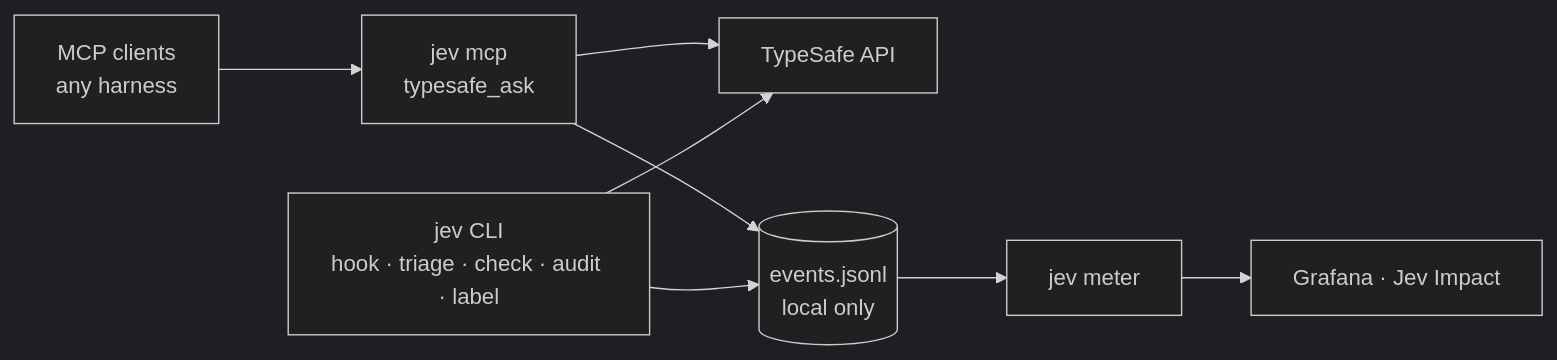
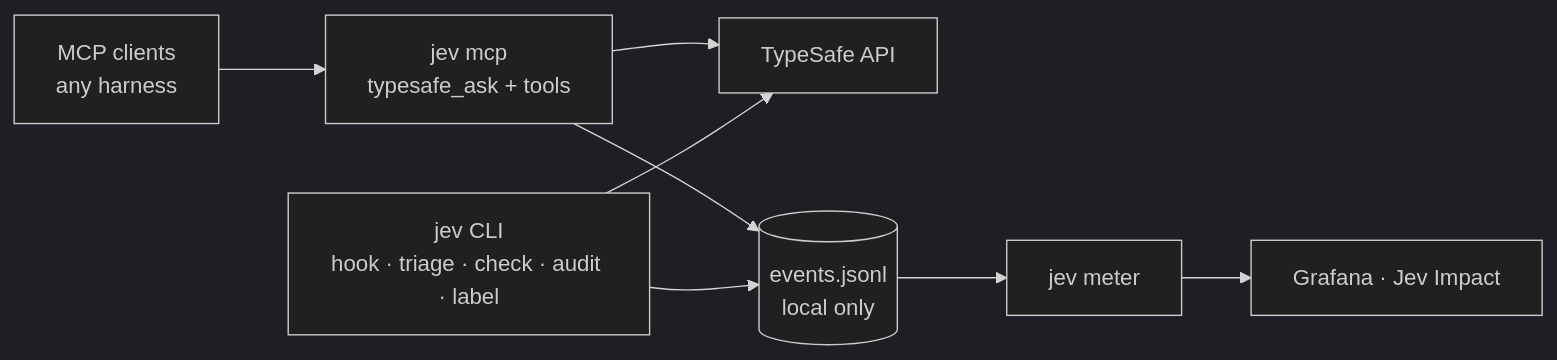
The diagram in README.md (jbt95/jev-toolkit), drawn with Mermaid (dark theme) before and after one commit. The commit also changed other lines of this file and 20 other files, not shown here.

````diff
--- a/README.md
+++ b/README.md
@@ -11,14 +11,14 @@
 ```mermaid
 flowchart LR
   H["MCP clients<br/>any harness"]
-  MCP["jev mcp<br/>typesafe_ask"]
+  MCP["jev mcp<br/>typesafe_ask + tools"]
   CLI["jev CLI<br/>hook · triage · check · audit · label"]
   API["TypeSafe API"]
   LOG[("events.jsonl<br/>local only")]
   METER["jev meter"]
   GRAF["Grafana · Jev Impact"]
 
   H --> MCP --> API
   CLI --> API
   MCP & CLI --> LOG --> METER --> GRAF
 ```
````
